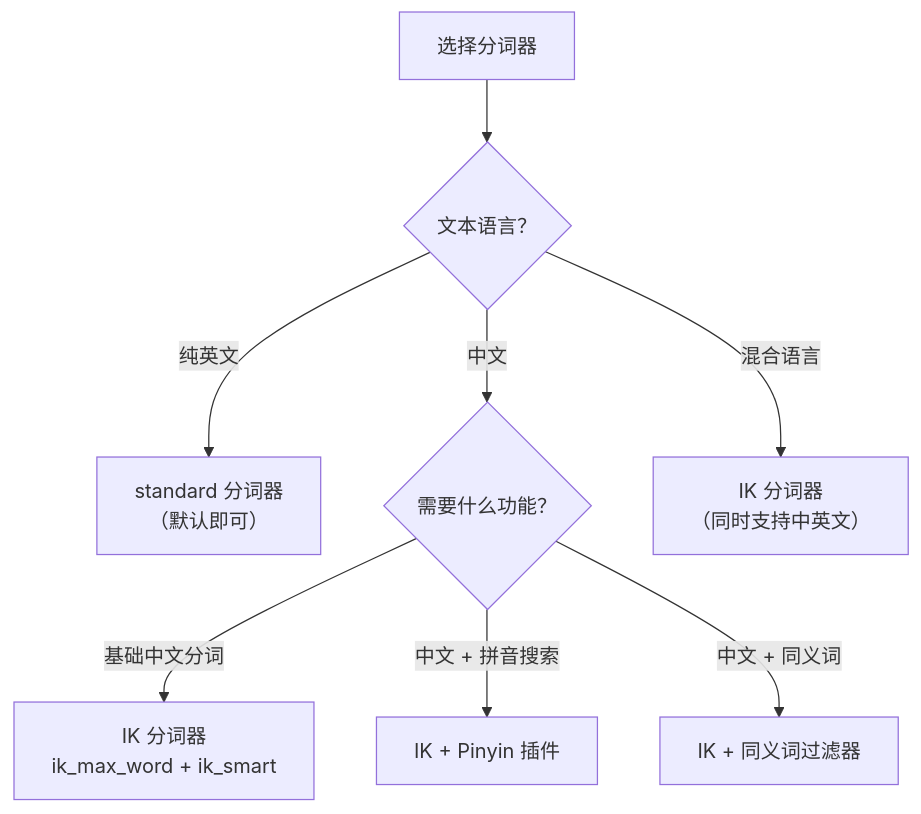
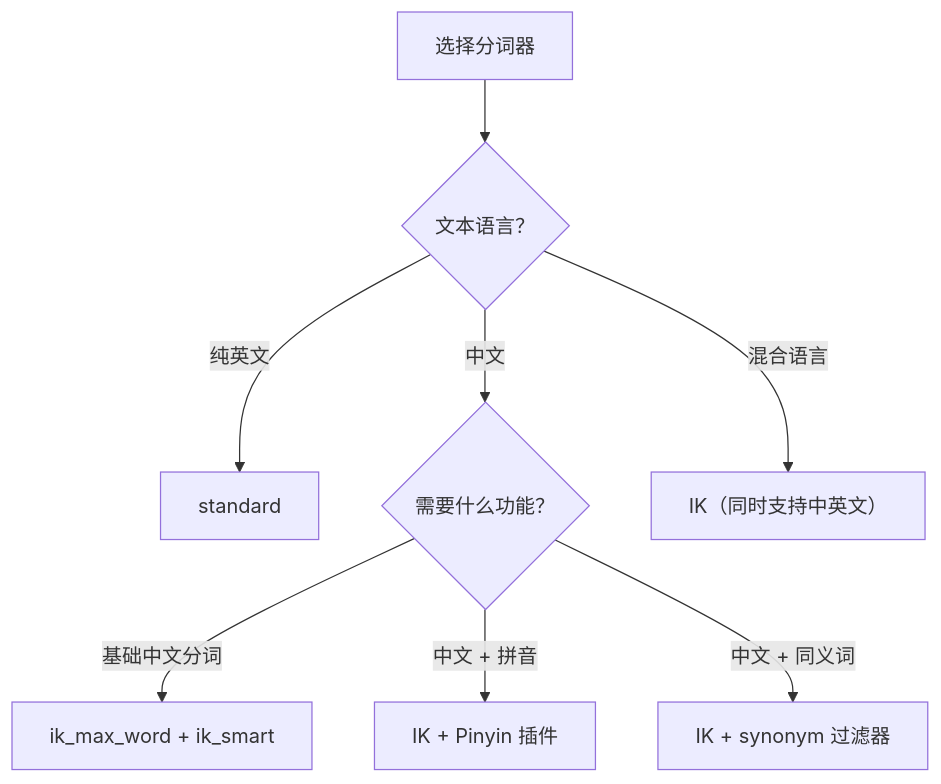
Before and after one commit to b1tzer/the-stack: the third of 3 diagrams in docs/elasticsearch/02-indexing/chapter-04-chinese-analysis.md, drawn with Mermaid. The commit also changed other lines of this file and 467 other files, not shown here.

````diff
--- a/docs/elasticsearch/02-indexing/chapter-04-chinese-analysis.md
+++ b/docs/elasticsearch/02-indexing/chapter-04-chinese-analysis.md
@@ -348,10 +327,10 @@
 ```mermaid
 flowchart TD
     Start["选择分词器"] --> Lang{"文本语言？"}
-    Lang -->|"纯英文"| EN["standard 分词器<br>（默认即可）"]
+    Lang -->|"纯英文"| EN["standard"]
     Lang -->|"中文"| CN{"需要什么功能？"}
-    CN -->|"基础中文分词"| IK["IK 分词器<br>ik_max_word + ik_smart"]
-    CN -->|"中文 + 拼音搜索"| Pinyin["IK + Pinyin 插件"]
-    CN -->|"中文 + 同义词"| Syn["IK + 同义词过滤器"]
-    Lang -->|"混合语言"| Mix["IK 分词器<br>（同时支持中英文）"]
+    CN -->|"基础中文分词"| IK["ik_max_word + ik_smart"]
+    CN -->|"中文 + 拼音"| Pinyin["IK + Pinyin 插件"]
+    CN -->|"中文 + 同义词"| Syn["IK + synonym 过滤器"]
+    Lang -->|"混合语言"| Mix["IK（同时支持中英文）"]
 ```
````
